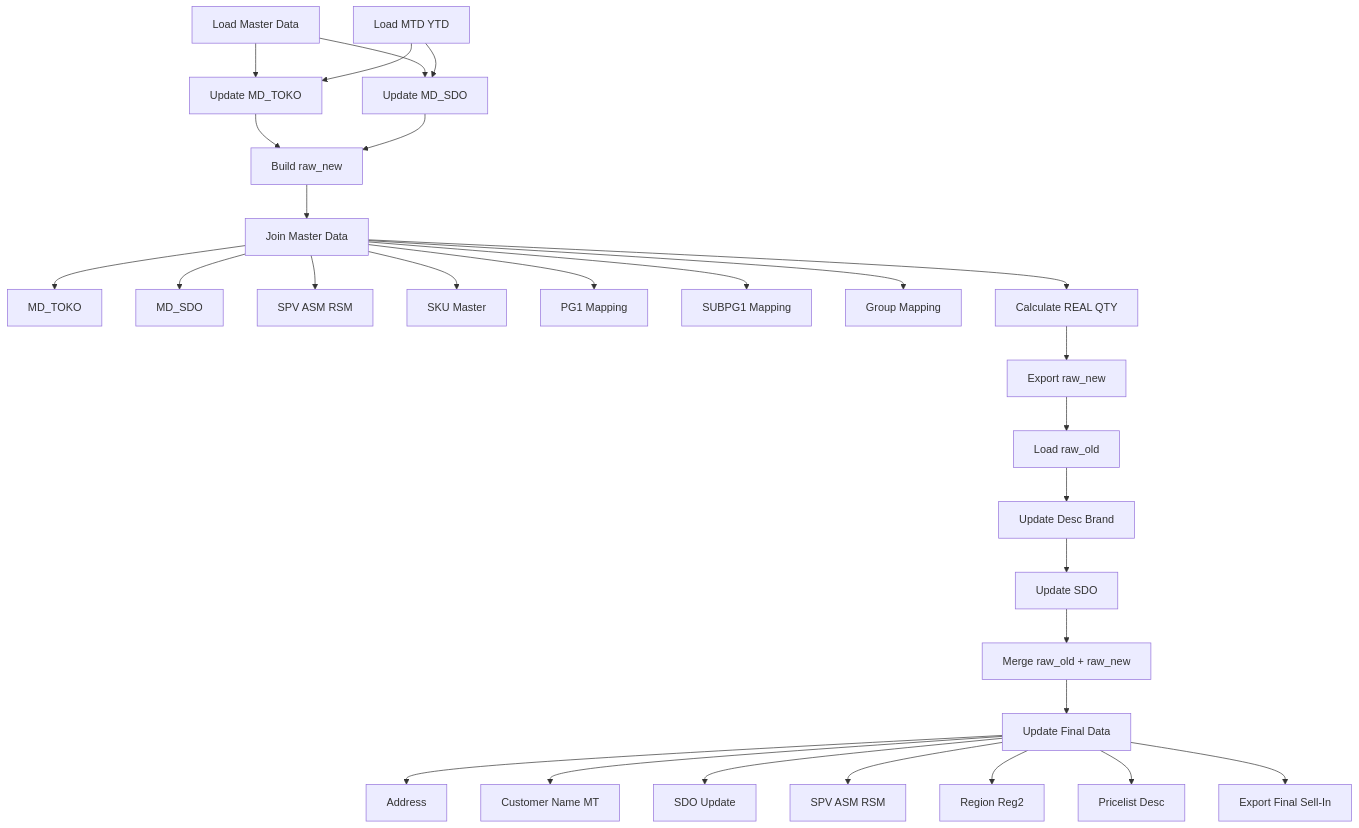
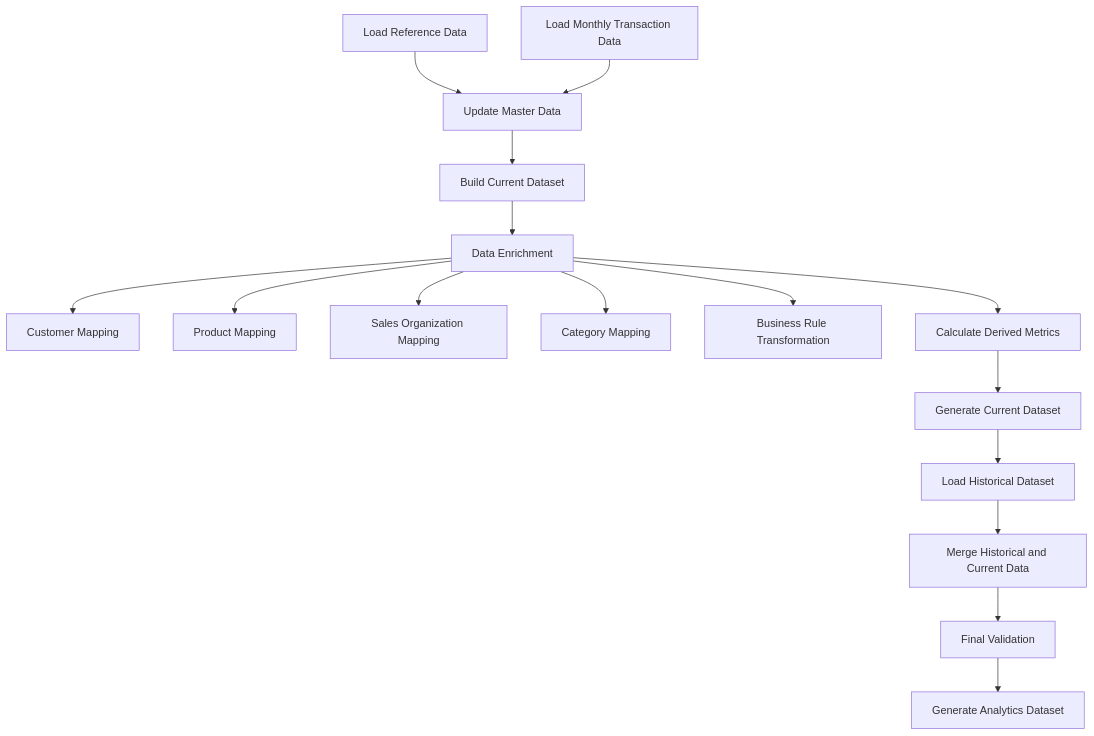
One commit to PerkasaM/Montly-sales-etl changed the diagram in README.md. Above: the diagram before and after it, drawn with Mermaid. The commit also changed other lines of this file and 1 other file, not shown here.

````diff
--- a/README.md
+++ b/README.md
@@ -51,47 +39,31 @@
 ```mermaid
 flowchart TD
 
-A[Load Master Data]
-B[Load MTD YTD]
+A[Load Reference Data]
+B[Load Monthly Transaction Data]
 
-A --> C[Update MD_TOKO]
+A --> C[Update Master Data]
 B --> C
 
-A --> D[Update MD_SDO]
-B --> D
+C --> D[Build Current Dataset]
 
-C --> E[Build raw_new]
-D --> E
+D --> E[Data Enrichment]
 
-E --> F[Join Master Data]
+E --> E1[Customer Mapping]
+E --> E2[Product Mapping]
+E --> E3[Sales Organization Mapping]
+E --> E4[Category Mapping]
+E --> E5[Business Rule Transformation]
 
-F --> F1[MD_TOKO]
-F --> F2[MD_SDO]
-F --> F3[SPV ASM RSM]
-F --> F4[SKU Master]
-F --> F5[PG1 Mapping]
-F --> F6[SUBPG1 Mapping]
-F --> F7[Group Mapping]
+E --> F[Calculate Derived Metrics]
 
-F --> G[Calculate REAL QTY]
+F --> G[Generate Current Dataset]
 
-G --> H[Export raw_new]
+G --> H[Load Historical Dataset]
 
-H --> I[Load raw_old]
+H --> I[Merge Historical and Current Data]
 
-I --> J[Update Desc Brand]
-J --> K[Update SDO]
+I --> J[Final Validation]
 
-K --> L[Merge raw_old + raw_new]
-
-L --> M[Update Final Data]
-
-M --> M1[Address]
-M --> M2[Customer Name MT]
-M --> M3[SDO Update]
-M --> M4[SPV ASM RSM]
-M --> M5[Region Reg2]
-M --> M6[Pricelist Desc]
-
-M --> N[Export Final Sell-In]
+J --> K[Generate Analytics Dataset]
 ```
````
